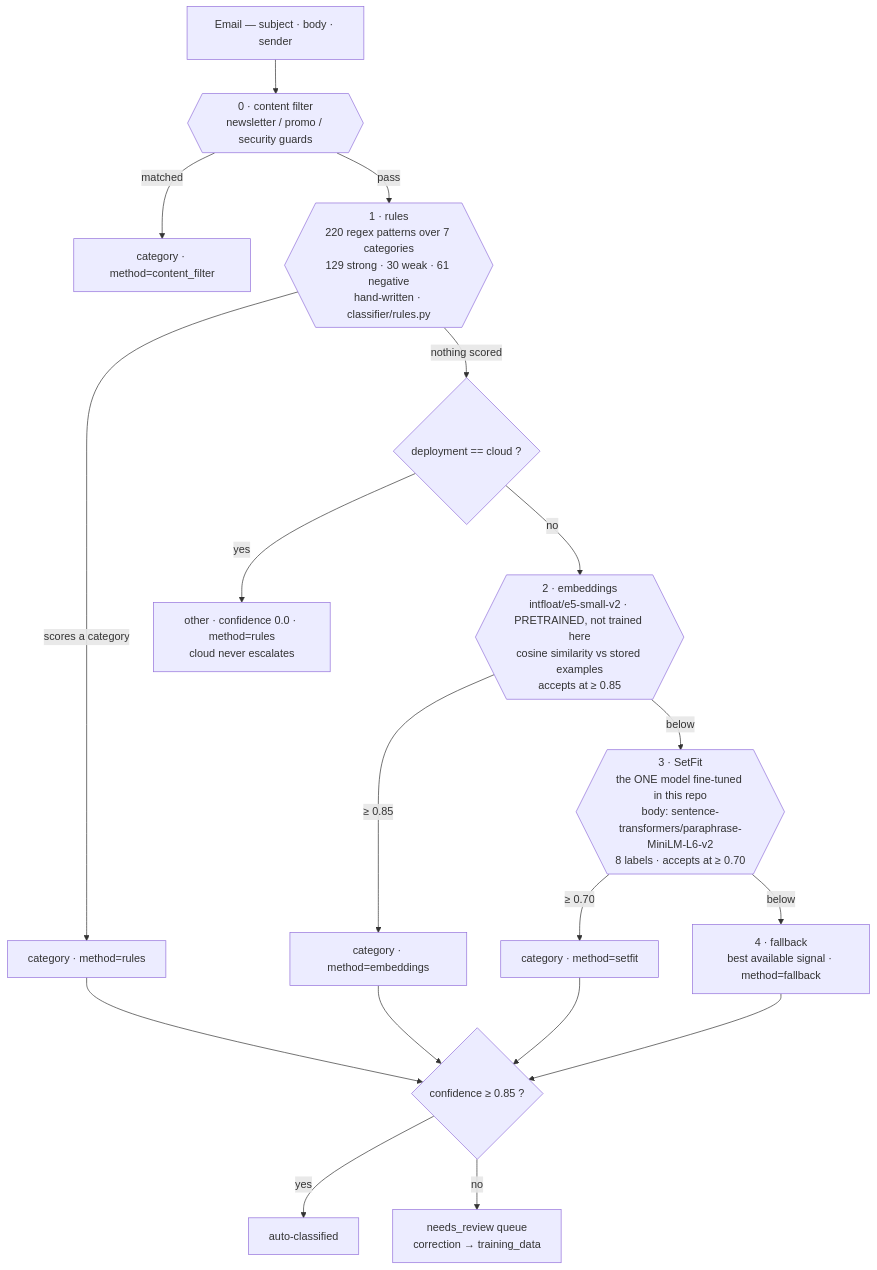
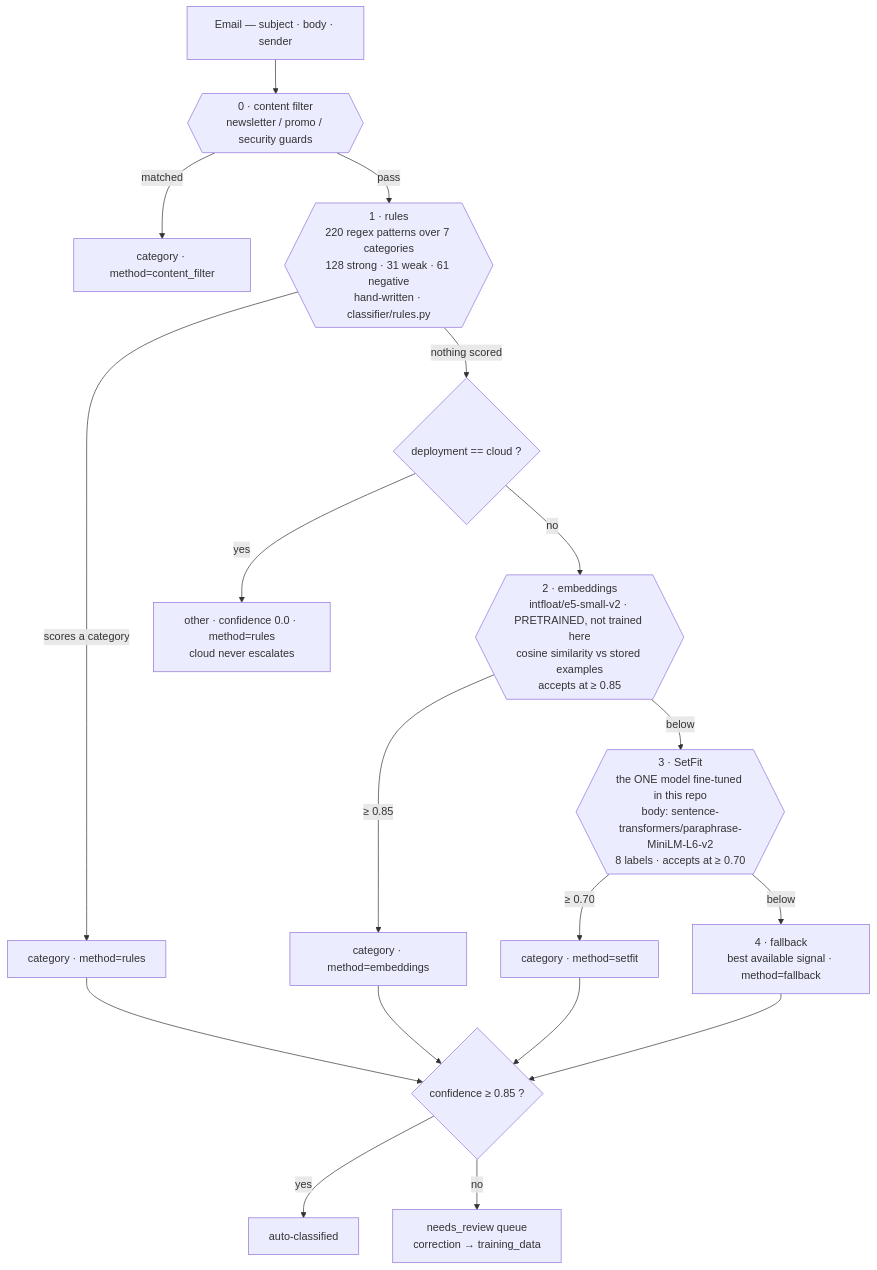
The first of 3 diagrams in README.md (BARC1999/applied-ai), drawn with Mermaid before and after one commit. The commit also changed other lines of this file and 13 other files, not shown here.

````diff
--- a/README.md
+++ b/README.md
@@ -60,32 +60,32 @@
 ```mermaid
 flowchart TB
     In["Email — subject · body · sender"] --> CF
 
     CF{{"0 · content filter<br/>newsletter / promo / security guards"}}
     CF -->|"matched"| Out1["category · method=content_filter"]
     CF -->|"pass"| R
 
-    R{{"1 · rules<br/>220 regex patterns over 7 categories<br/>129 strong · 30 weak · 61 negative<br/>hand-written · classifier/rules.py"}}
+    R{{"1 · rules<br/>220 regex patterns over 7 categories<br/>128 strong · 31 weak · 61 negative<br/>hand-written · classifier/rules.py"}}
     R -->|"scores a category"| Out2["category · method=rules"]
     R -->|"nothing scored"| CLOUD
 
     CLOUD{"deployment == cloud ?"}
     CLOUD -->|"yes"| Out3["other · confidence 0.0 · method=rules<br/>cloud never escalates"]
     CLOUD -->|"no"| E
 
     E{{"2 · embeddings<br/>intfloat/e5-small-v2 · PRETRAINED, not trained here<br/>cosine similarity vs stored examples<br/>accepts at ≥ 0.85"}}
     E -->|"≥ 0.85"| Out4["category · method=embeddings"]
     E -->|"below"| S
 
     S{{"3 · SetFit<br/>the ONE model fine-tuned in this repo<br/>body: sentence-transformers/paraphrase-MiniLM-L6-v2<br/>8 labels · accepts at ≥ 0.70"}}
     S -->|"≥ 0.70"| Out5["category · method=setfit"]
     S -->|"below"| F["4 · fallback<br/>best available signal · method=fallback"]
 
     Out2 --> G
     Out4 --> G
     Out5 --> G
     F --> G
     G{"confidence ≥ 0.85 ?"}
     G -->|"yes"| Auto["auto-classified"]
     G -->|"no"| Review["needs_review queue<br/>correction → training_data"]
 ```
````
